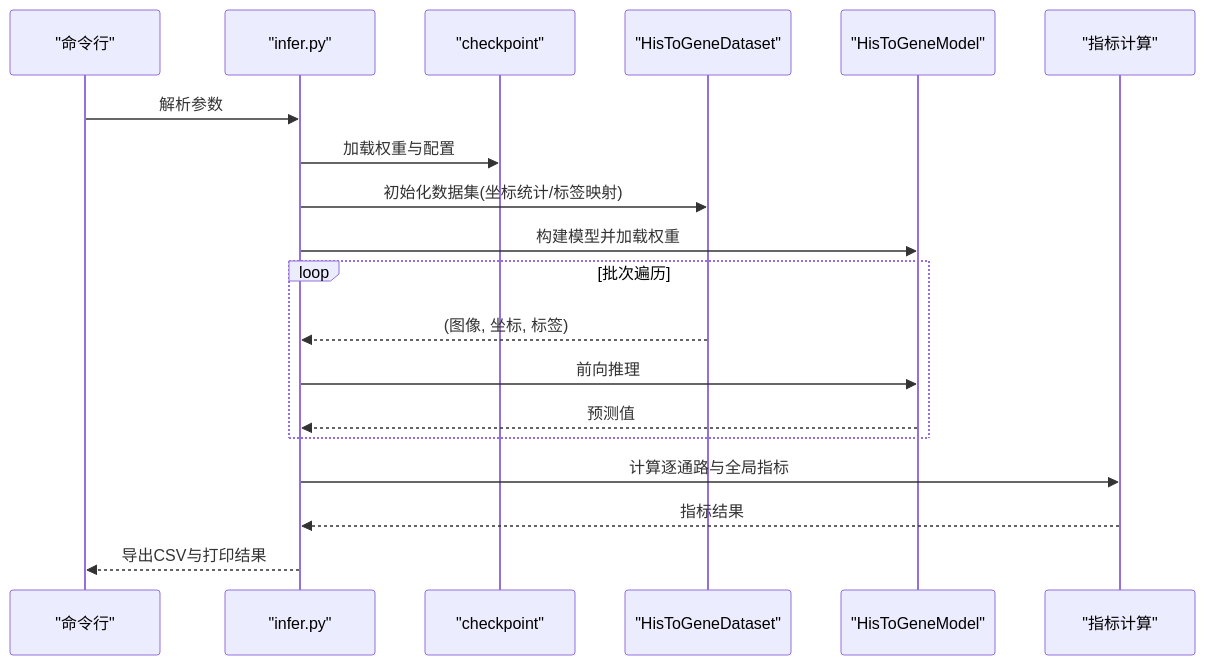
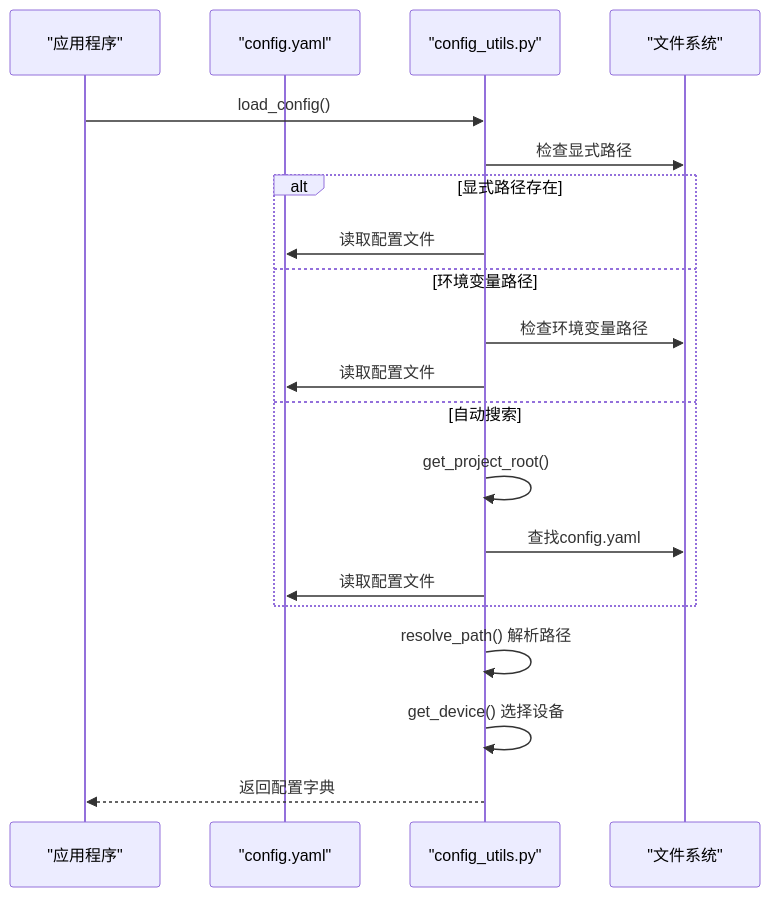
One commit to qzs610038-star/AI-esophagus-cancer-basedon-HF-HT changed the third of 5 diagrams in .qoder/repowiki/zh/content/推理评估系统/推理评估系统.md. Above: the diagram before and after it, drawn with Mermaid. The commit also changed other lines of this file and 14 other files, not shown here.

````diff
--- a/.qoder/repowiki/zh/content/推理评估系统/推理评估系统.md
+++ b/.qoder/repowiki/zh/content/推理评估系统/推理评估系统.md
@@ -144,21 +216,22 @@
 ```mermaid
 sequenceDiagram
-participant CLI as "命令行"
-participant INF as "infer.py"
-participant CKPT as "checkpoint"
-participant DS as "HisToGeneDataset"
-participant MD as "HisToGeneModel"
-participant MET as "指标计算"
-CLI->>INF : 解析参数
-INF->>CKPT : 加载权重与配置
-INF->>DS : 初始化数据集(坐标统计/标签映射)
-INF->>MD : 构建模型并加载权重
-loop 批次遍历
-DS-->>INF : (图像, 坐标, 标签)
-INF->>MD : 前向推理
-MD-->>INF : 预测值
+participant APP as "应用程序"
+participant CFG as "config.yaml"
+participant UTILS as "config_utils.py"
+participant FS as "文件系统"
+APP->>UTILS : load_config()
+UTILS->>FS : 检查显式路径
+ALT 显式路径存在
+UTILS->>CFG : 读取配置文件
+ELSE 环境变量路径
+UTILS->>FS : 检查环境变量路径
+UTILS->>CFG : 读取配置文件
+ELSE 自动搜索
+UTILS->>UTILS : get_project_root()
+UTILS->>FS : 查找config.yaml
+UTILS->>CFG : 读取配置文件
 end
-INF->>MET : 计算逐通路与全局指标
-MET-->>INF : 指标结果
-INF-->>CLI : 导出CSV与打印结果
+UTILS->>UTILS : resolve_path() 解析路径
+UTILS->>UTILS : get_device() 选择设备
+UTILS-->>APP : 返回配置字典
 ```
````
